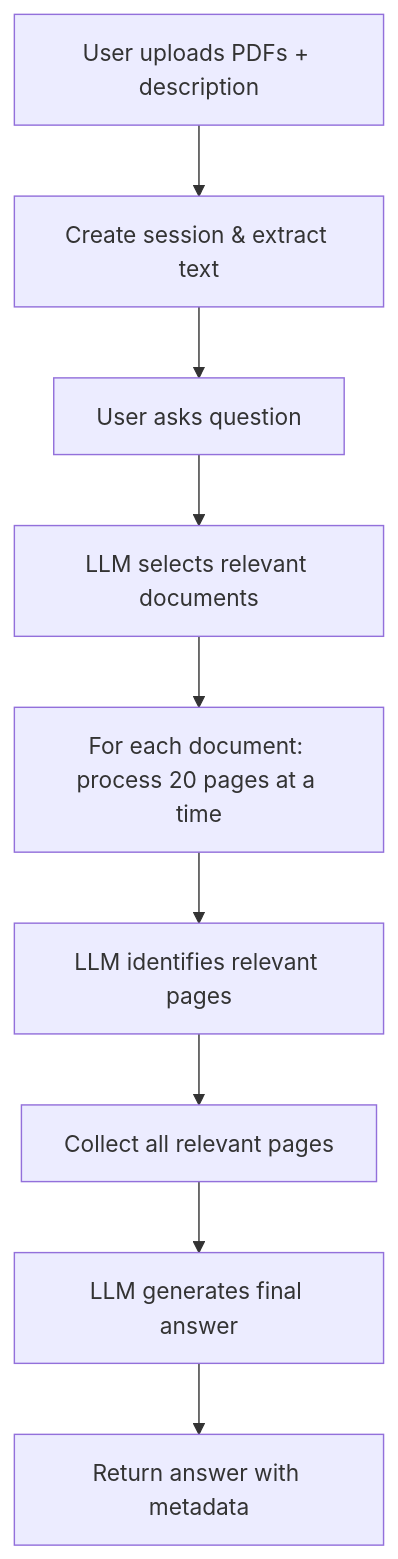
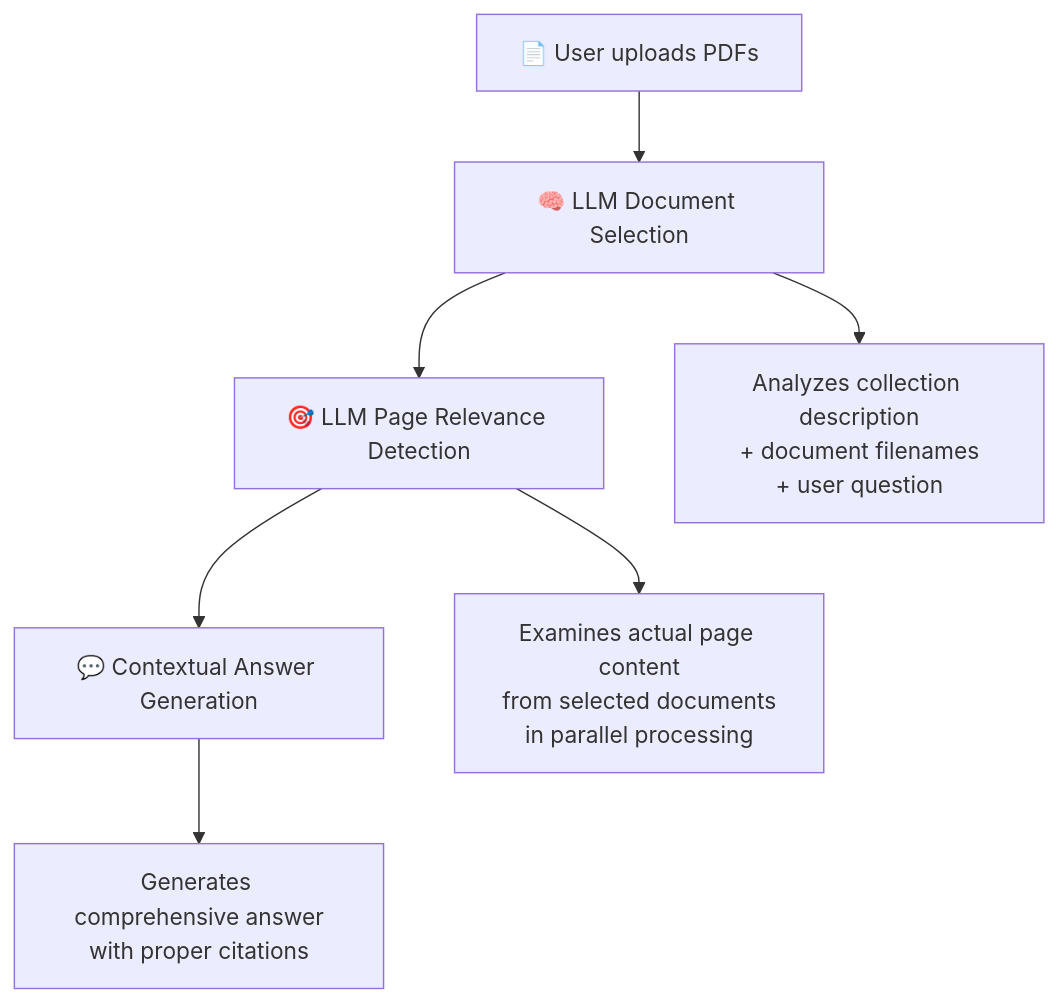
Before and after one commit to yansalim/no-vector_local: the diagram in README.md, drawn with Mermaid. The commit also changed other lines of this file, not shown here.

````diff
--- a/README.md
+++ b/README.md
@@ -139,11 +24,10 @@
 ```mermaid
 graph TD
-    A[User uploads PDFs + description] --> B[Create session & extract text]
-    B --> C[User asks question]
-    C --> D[LLM selects relevant documents]
-    D --> E[For each document: process 20 pages at a time]
-    E --> F[LLM identifies relevant pages]
-    F --> G[Collect all relevant pages]
-    G --> H[LLM generates final answer]
-    H --> I[Return answer with metadata]
+    A[📄 User uploads PDFs] --> B[🧠 LLM Document Selection]
+    B --> C[🎯 LLM Page Relevance Detection]
+    C --> D[💬 Contextual Answer Generation]
+    
+    B --> B1[Analyzes collection description<br/>+ document filenames<br/>+ user question]
+    C --> C1[Examines actual page content<br/>from selected documents<br/>in parallel processing]
+    D --> D1[Generates comprehensive answer<br/>with proper citations]
 ```
````
